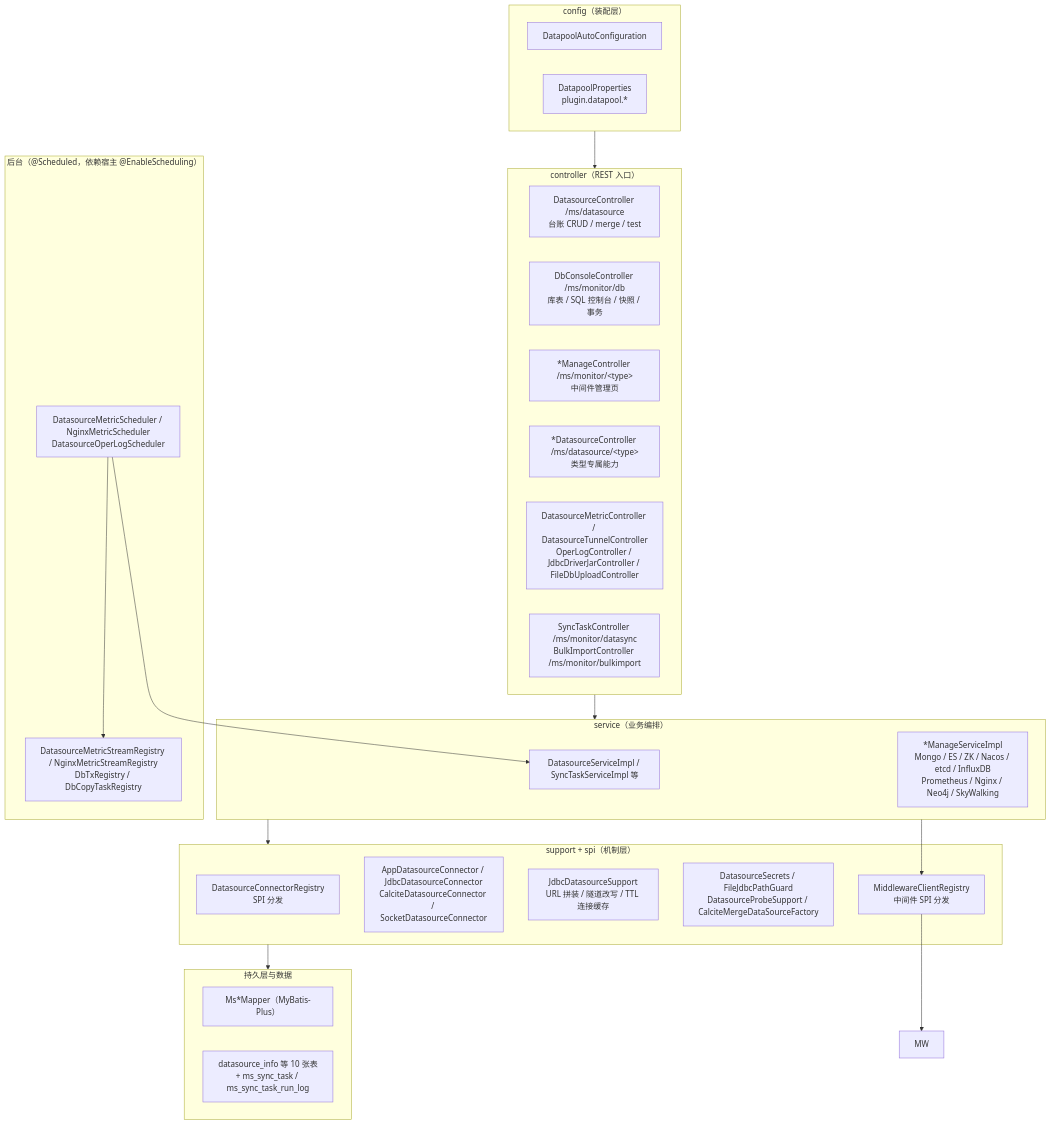
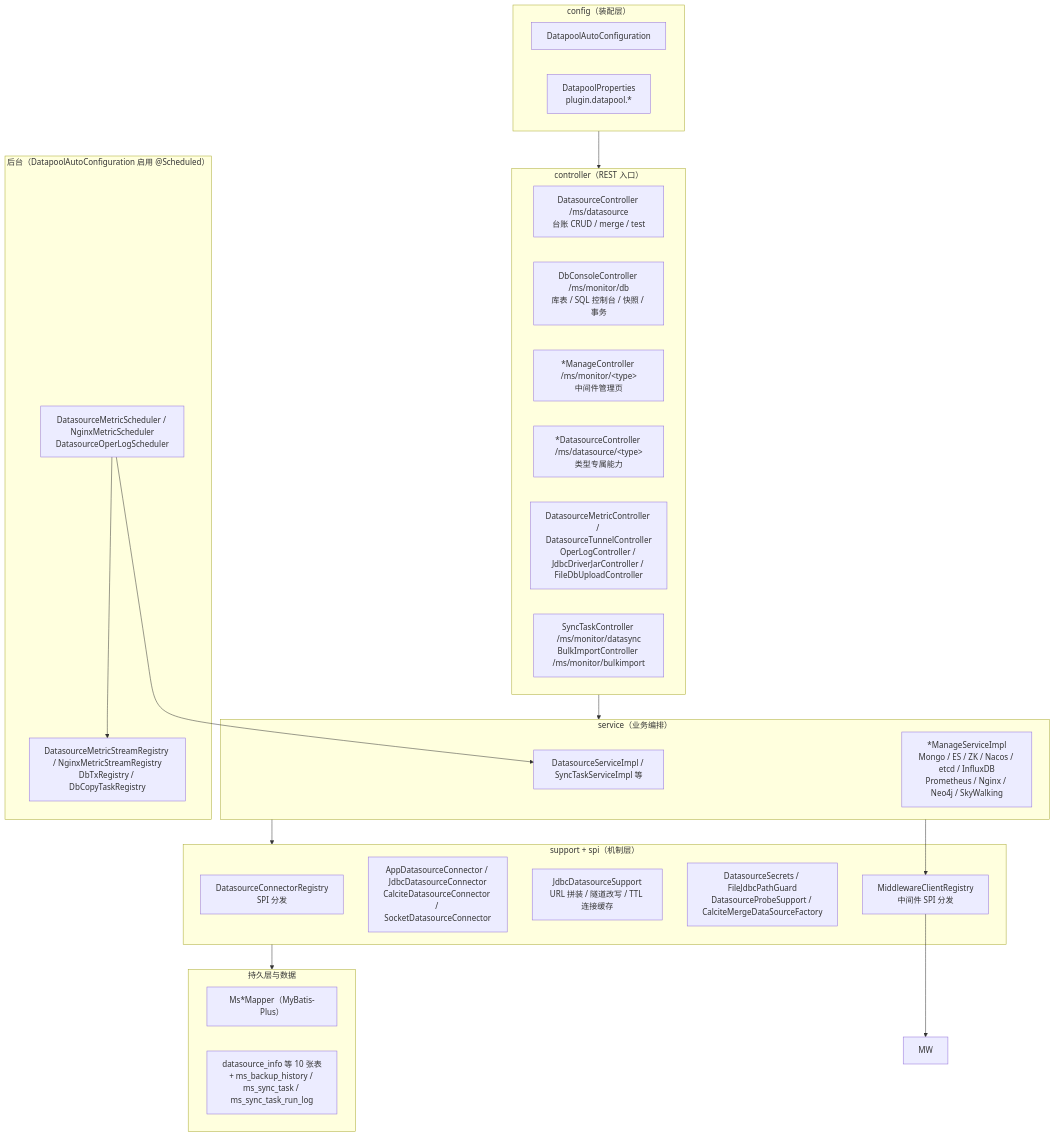
One commit to CHTK001/spring-support-parent-starter changed the second of 5 diagrams in spring-support-datapool-starter/README.md. Above: the diagram before and after it, drawn with Mermaid. The commit also changed other lines of this file and 922 other files, not shown here.

````diff
--- a/spring-support-datapool-starter/README.md
+++ b/spring-support-datapool-starter/README.md
@@ -53,48 +53,48 @@
 ```mermaid
 flowchart TB
     subgraph cfg["config（装配层）"]
         AC["DatapoolAutoConfiguration"]
         PR["DatapoolProperties<br/>plugin.datapool.*"]
     end
 
     subgraph web["controller（REST 入口）"]
         DC["DatasourceController /ms/datasource<br/>台账 CRUD / merge / test"]
         DBC["DbConsoleController /ms/monitor/db<br/>库表 / SQL 控制台 / 快照 / 事务"]
         MC["*ManageController /ms/monitor/&lt;type&gt;<br/>中间件管理页"]
         TDC["*DatasourceController /ms/datasource/&lt;type&gt;<br/>类型专属能力"]
         OC["DatasourceMetricController / DatasourceTunnelController<br/>OperLogController / JdbcDriverJarController / FileDbUploadController"]
         SYNC["SyncTaskController /ms/monitor/datasync<br/>BulkImportController /ms/monitor/bulkimport"]
     end
 
     subgraph svc["service（业务编排）"]
         SVC["DatasourceServiceImpl / SyncTaskServiceImpl 等"]
         MSVC["*ManageServiceImpl<br/>Mongo / ES / ZK / Nacos / etcd / InfluxDB<br/>Prometheus / Nginx / Neo4j / SkyWalking"]
     end
 
     subgraph core["support + spi（机制层）"]
         REG["DatasourceConnectorRegistry<br/>SPI 分发"]
         IMP["AppDatasourceConnector / JdbcDatasourceConnector<br/>CalciteDatasourceConnector / SocketDatasourceConnector"]
         JDS["JdbcDatasourceSupport<br/>URL 拼装 / 隧道改写 / TTL 连接缓存"]
         SEC["DatasourceSecrets / FileJdbcPathGuard<br/>DatasourceProbeSupport / CalciteMergeDataSourceFactory"]
         MREG["MiddlewareClientRegistry<br/>中间件 SPI 分发"]
     end
 
     subgraph store["持久层与数据"]
         MP["Ms*Mapper（MyBatis-Plus）"]
-        TB["datasource_info 等 10 张表<br/>+ ms_sync_task / ms_sync_task_run_log"]
+        TB["datasource_info 等 10 张表<br/>+ ms_backup_history / ms_sync_task / ms_sync_task_run_log"]
     end
 
-    subgraph bg["后台（@Scheduled，依赖宿主 @EnableScheduling）"]
+    subgraph bg["后台（DatapoolAutoConfiguration 启用 @Scheduled）"]
         SCH["DatasourceMetricScheduler / NginxMetricScheduler<br/>DatasourceOperLogScheduler"]
         SSE["DatasourceMetricStreamRegistry / NginxMetricStreamRegistry<br/>DbTxRegistry / DbCopyTaskRegistry"]
     end
 
     cfg --> web
     web --> svc
     svc --> core
     core --> store
     svc --> MREG
     MREG --> MW
     SCH --> SSE
     SCH --> SVC
 ```
````
